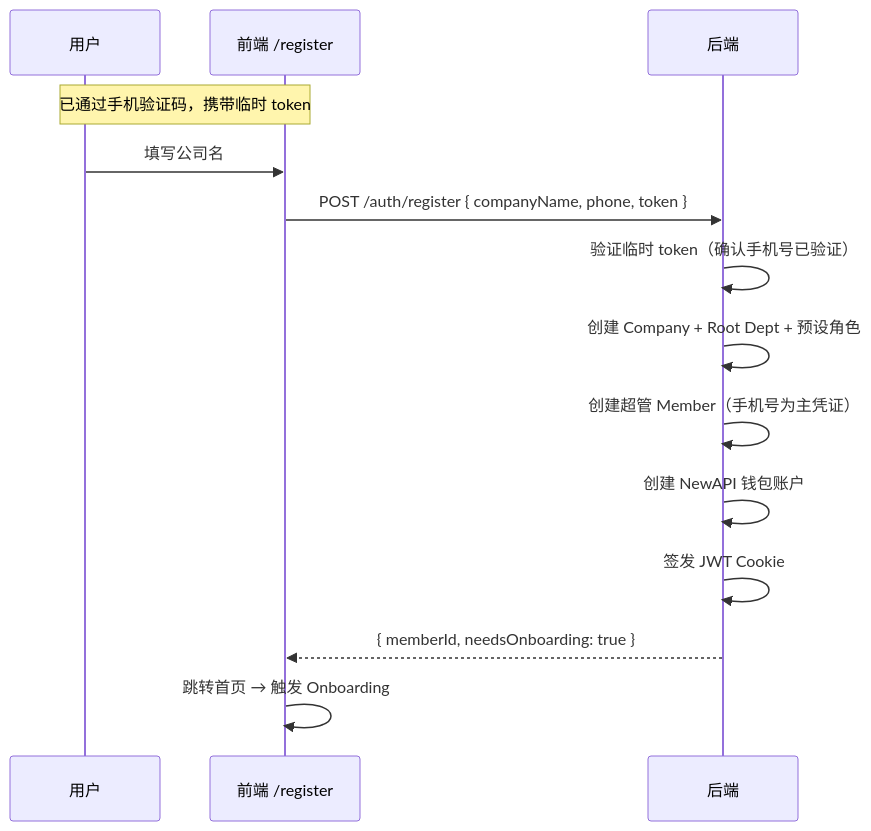
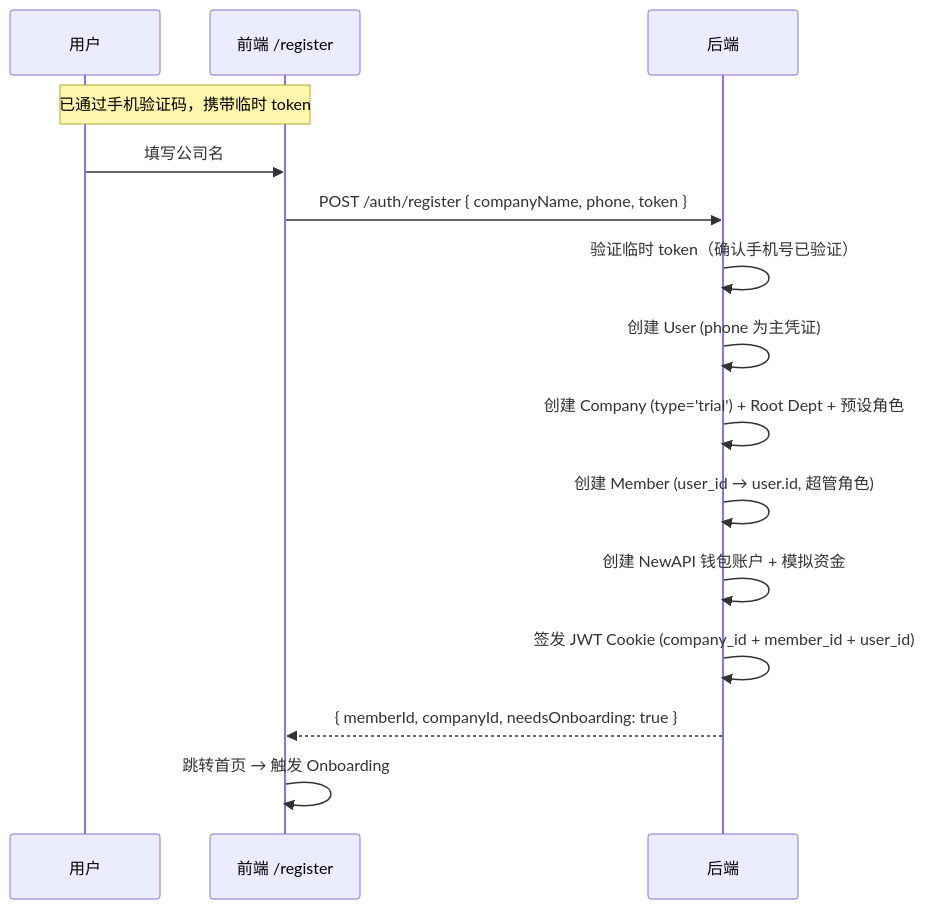
One commit to quyip8818/mytokenjoy changed the fifth of 6 diagrams in docs/saas/登录注册方案设计.md. Above: the diagram before and after it, drawn with Mermaid. The commit also changed other lines of this file and 18 other files, not shown here.

````diff
--- a/docs/saas/登录注册方案设计.md
+++ b/docs/saas/登录注册方案设计.md
@@ -210,17 +379,18 @@
 ```mermaid
 sequenceDiagram
     participant U as 用户
     participant F as 前端 /register
     participant B as 后端
 
     Note over U,F: 已通过手机验证码，携带临时 token
     U->>F: 填写公司名
     F->>B: POST /auth/register { companyName, phone, token }
     B->>B: 验证临时 token（确认手机号已验证）
-    B->>B: 创建 Company + Root Dept + 预设角色
-    B->>B: 创建超管 Member（手机号为主凭证）
-    B->>B: 创建 NewAPI 钱包账户
-    B->>B: 签发 JWT Cookie
-    B-->>F: { memberId, needsOnboarding: true }
+    B->>B: 创建 User (phone 为主凭证)
+    B->>B: 创建 Company (type='trial') + Root Dept + 预设角色
+    B->>B: 创建 Member (user_id → user.id, 超管角色)
+    B->>B: 创建 NewAPI 钱包账户 + 模拟资金
+    B->>B: 签发 JWT Cookie (company_id + member_id + user_id)
+    B-->>F: { memberId, companyId, needsOnboarding: true }
     F->>F: 跳转首页 → 触发 Onboarding
 ```
````
